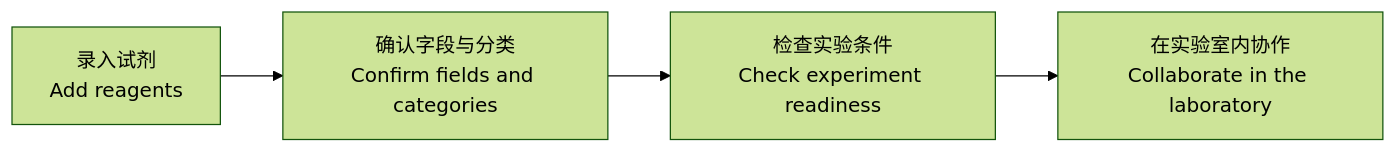
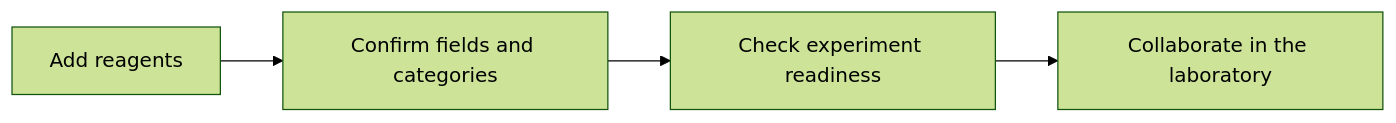
The second of 2 diagrams in README.md (Chen-Era/DoLabaemon), drawn with Mermaid (forest theme) before and after one commit. The commit also changed other lines of this file, not shown here.

````diff
--- a/README.md
+++ b/README.md
@@ -34,6 +202,6 @@
 ```mermaid
 flowchart LR
-  A["录入试剂<br/>Add reagents"] --> B["确认字段与分类<br/>Confirm fields and categories"]
-  B --> C["检查实验条件<br/>Check experiment readiness"]
-  C --> D["在实验室内协作<br/>Collaborate in the laboratory"]
+  A["Add reagents"] --> B["Confirm fields and categories"]
+  B --> C["Check experiment readiness"]
+  C --> D["Collaborate in the laboratory"]
 ```
````
